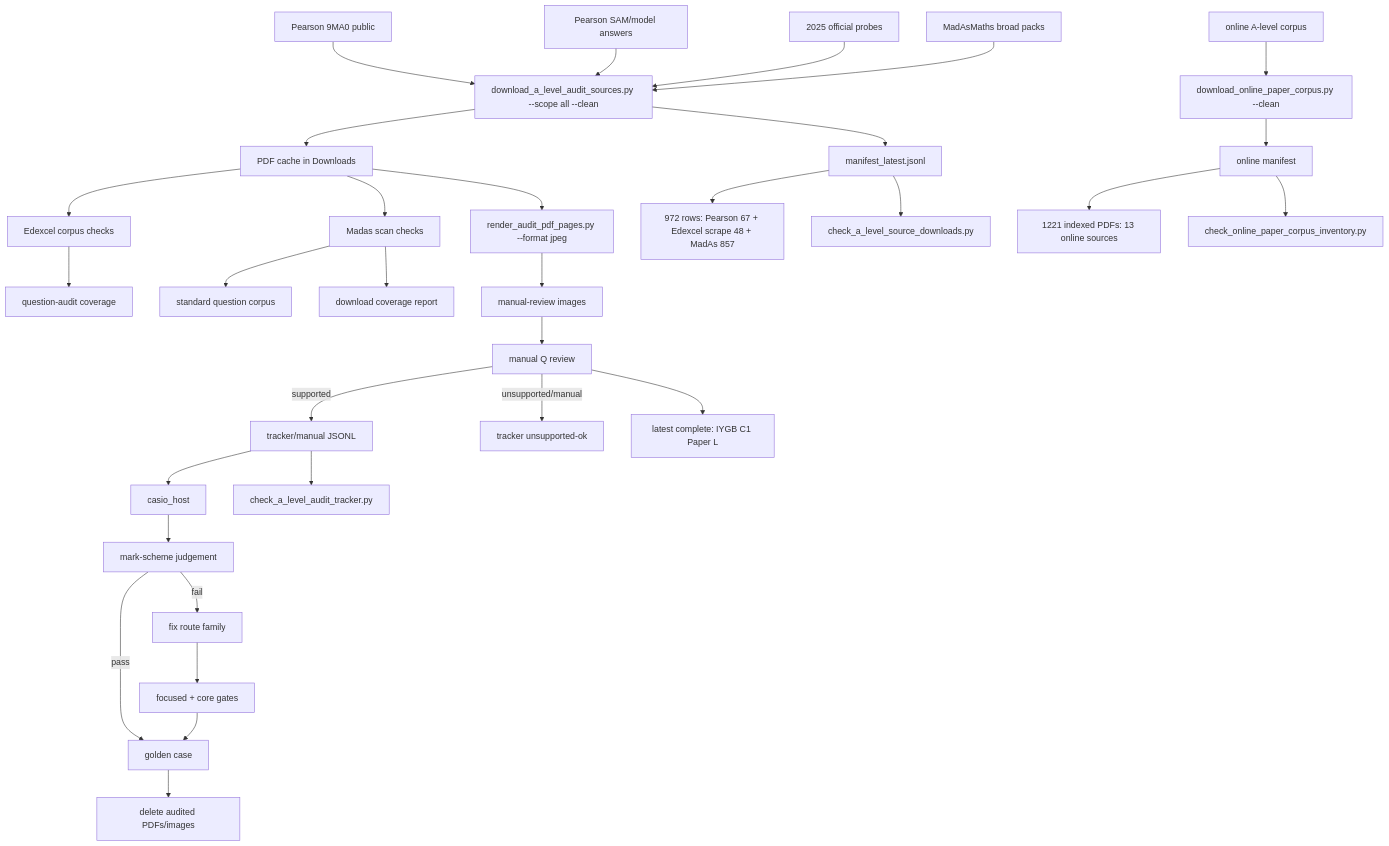
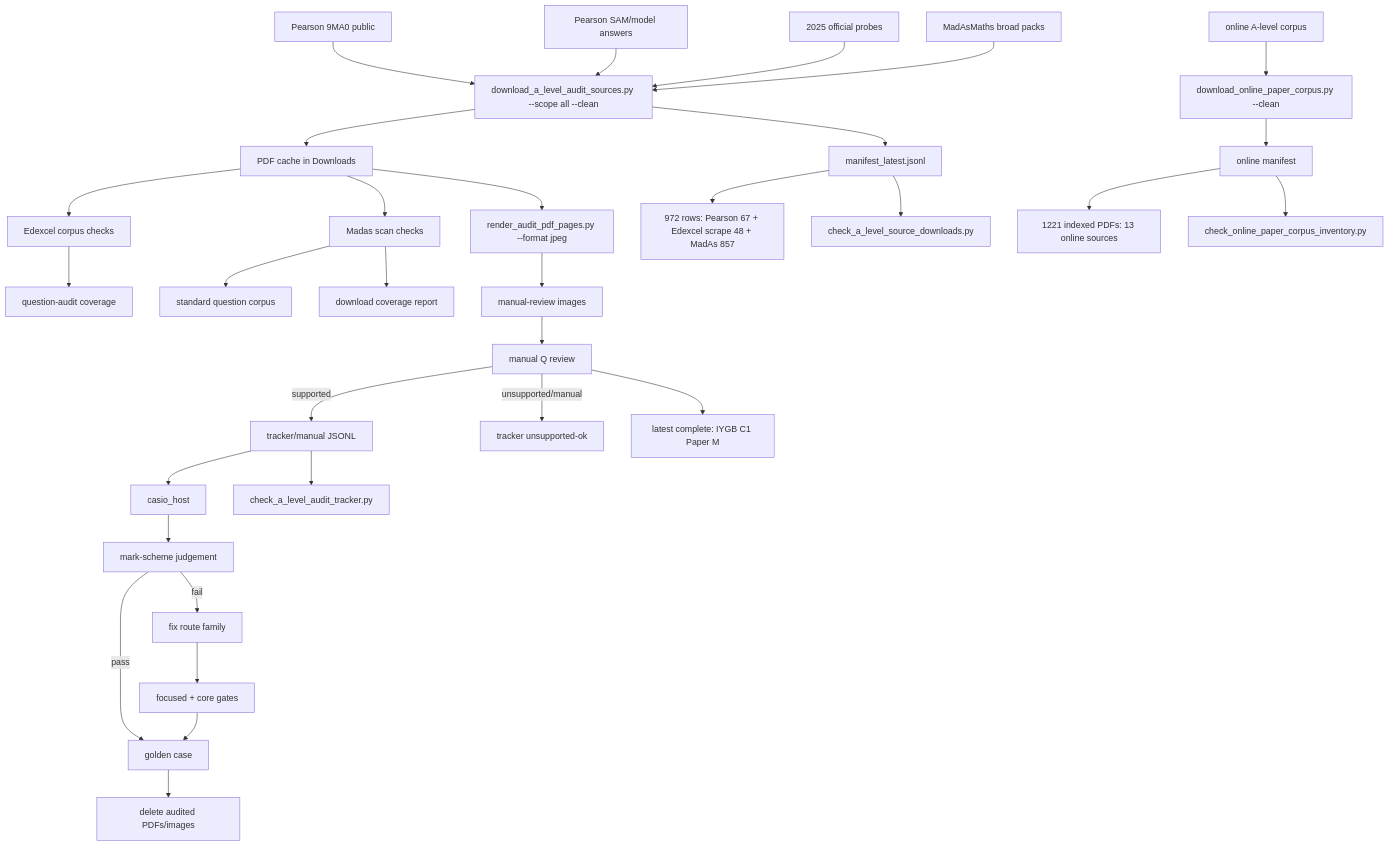
One commit to james8464/notes-addin-casio-fx-cg50 changed the diagram in c++/tools/golden/a_level_audit_graph.md. Above: the diagram before and after it, drawn with Mermaid. The commit also changed other lines of this file and 2 other files, not shown here.

Commit message:
Audit IYGB C1 Paper M

````diff
--- a/c++/tools/golden/a_level_audit_graph.md
+++ b/c++/tools/golden/a_level_audit_graph.md
@@ -3,34 +3,34 @@
 ```mermaid
 graph TD
   E1["Pearson 9MA0 public"] --> D["download_a_level_audit_sources.py --scope all --clean"]
   E2["Pearson SAM/model answers"] --> D
   E3["2025 official probes"] --> D
   M1["MadAsMaths broad packs"] --> D
   O1["online A-level corpus"] --> OD["download_online_paper_corpus.py --clean"]
   D --> P["PDF cache in Downloads"]
   D --> X["manifest_latest.jsonl"]
   OD --> OX["online manifest"]
   X --> XC["972 rows: Pearson 67 + Edexcel scrape 48 + MadAs 857"]
   OX --> OC["1221 indexed PDFs: 13 online sources"]
   X --> V["check_a_level_source_downloads.py"]
   OX --> OV["check_online_paper_corpus_inventory.py"]
   P --> E["Edexcel corpus checks"]
   E --> EQ["question-audit coverage"]
   P --> S["Madas scan checks"]
   S --> M["standard question corpus"]
   S --> MC["download coverage report"]
   P --> R["render_audit_pdf_pages.py --format jpeg"]
   R --> I["manual-review images"]
   I --> Q["manual Q review"]
   Q -->|supported| J["tracker/manual JSONL"]
   Q -->|unsupported/manual| U["tracker unsupported-ok"]
   J --> H["casio_host"]
   J --> K["check_a_level_audit_tracker.py"]
   H --> C["mark-scheme judgement"]
   C -->|pass| G["golden case"]
   C -->|fail| F["fix route family"]
   F --> T["focused + core gates"]
   T --> G
   G --> Z["delete audited PDFs/images"]
-  Q --> Qt["latest complete: IYGB C1 Paper L"]
+  Q --> Qt["latest complete: IYGB C1 Paper M"]
 ```
````
